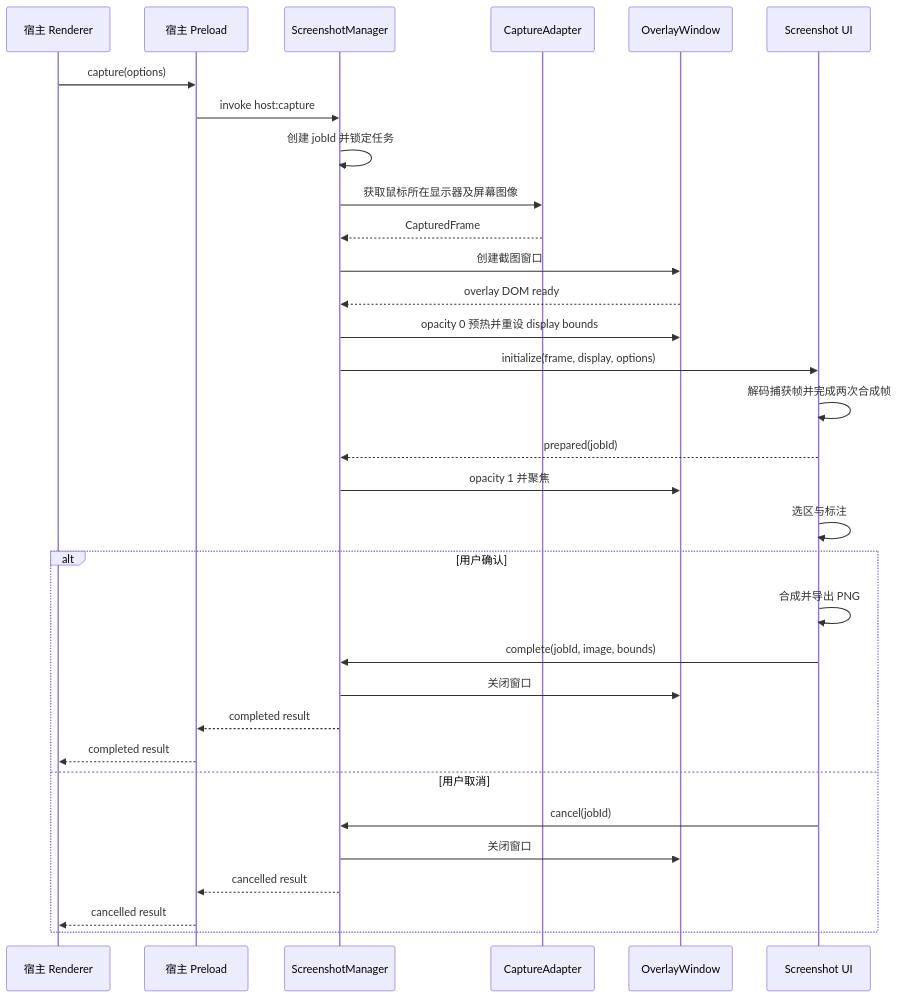
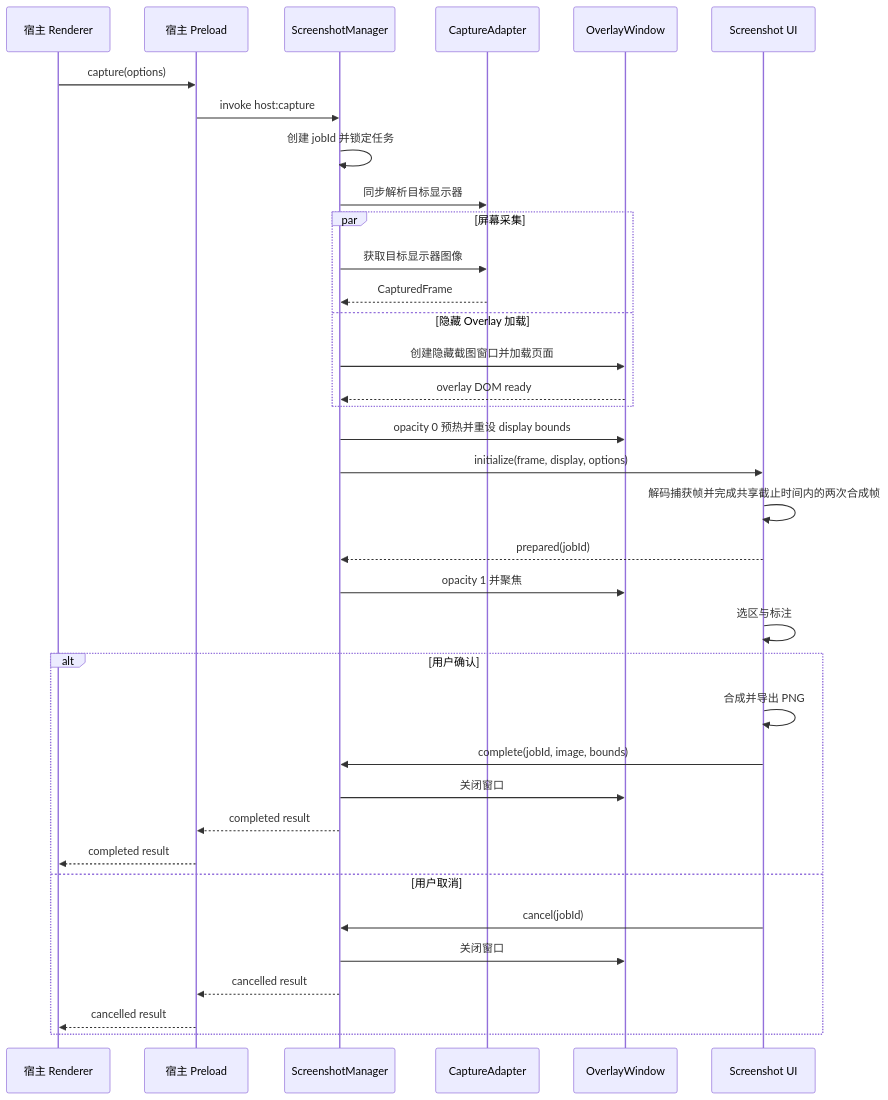
One commit to electron-tools/electron-snapora changed the second of 2 diagrams in docs/implementation-plan.md. Above: the diagram before and after it, drawn with Mermaid. The commit also changed other lines of this file and 11 other files, not shown here.

````diff
--- a/docs/implementation-plan.md
+++ b/docs/implementation-plan.md
@@ -199,35 +199,39 @@
 ```mermaid
 sequenceDiagram
     participant R as 宿主 Renderer
     participant P as 宿主 Preload
     participant M as ScreenshotManager
     participant C as CaptureAdapter
     participant W as OverlayWindow
     participant U as Screenshot UI
 
     R->>P: capture(options)
     P->>M: invoke host:capture
     M->>M: 创建 jobId 并锁定任务
-    M->>C: 获取鼠标所在显示器及屏幕图像
-    C-->>M: CapturedFrame
-    M->>W: 创建截图窗口
-    W-->>M: overlay DOM ready
+    M->>C: 同步解析目标显示器
+    par 屏幕采集
+        M->>C: 获取目标显示器图像
+        C-->>M: CapturedFrame
+    and 隐藏 Overlay 加载
+        M->>W: 创建隐藏截图窗口并加载页面
+        W-->>M: overlay DOM ready
+    end
     M->>W: opacity 0 预热并重设 display bounds
     M->>U: initialize(frame, display, options)
-    U->>U: 解码捕获帧并完成两次合成帧
+    U->>U: 解码捕获帧并完成共享截止时间内的两次合成帧
     U-->>M: prepared(jobId)
     M->>W: opacity 1 并聚焦
     U->>U: 选区与标注
     alt 用户确认
         U->>U: 合成并导出 PNG
         U->>M: complete(jobId, image, bounds)
         M->>W: 关闭窗口
         M-->>P: completed result
         P-->>R: completed result
     else 用户取消
         U->>M: cancel(jobId)
         M->>W: 关闭窗口
         M-->>P: cancelled result
         P-->>R: cancelled result
     end
 ```
````
